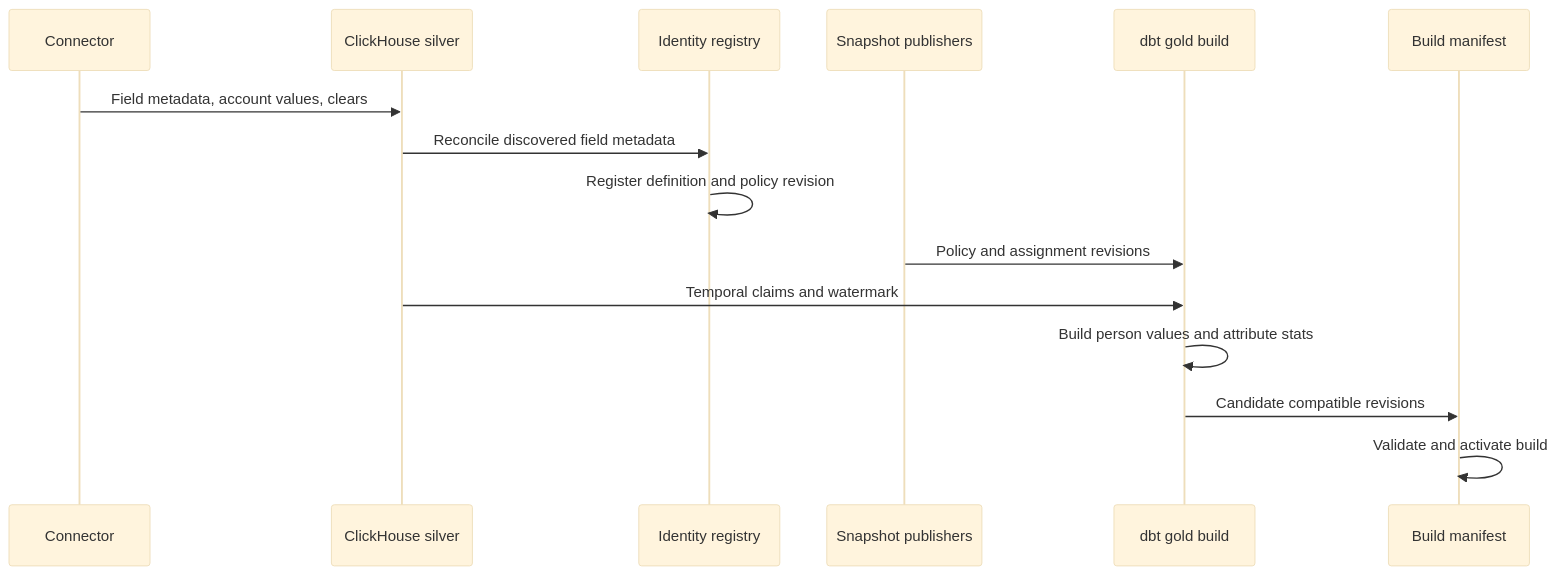
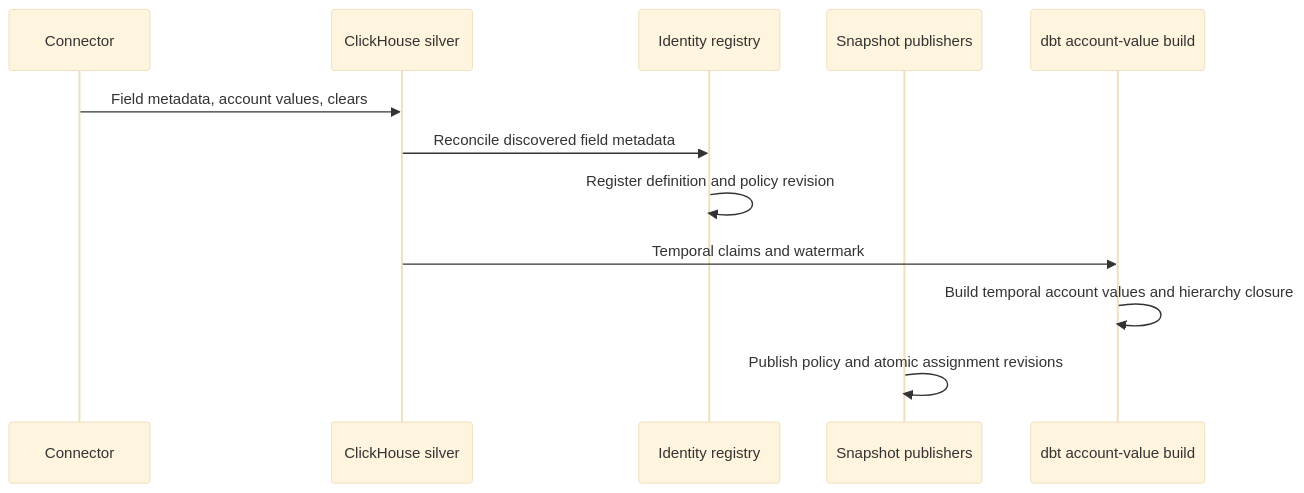
Before and after one commit to aleksdotbar/insight: the third of 5 diagrams in docs/domain/person-attributes/specs/DESIGN.md, drawn with Mermaid (base theme). The commit also changed other lines of this file and 3 other files, not shown here.

Commit message:
docs(person-attributes): keep attribute facts account-scoped

````diff
--- a/docs/domain/person-attributes/specs/DESIGN.md
+++ b/docs/domain/person-attributes/specs/DESIGN.md
@@ -656,18 +604,15 @@
 ```mermaid
 sequenceDiagram
     participant C as Connector
     participant S as ClickHouse silver
     participant I as Identity registry
     participant P as Snapshot publishers
-    participant D as dbt gold build
-    participant M as Build manifest
+    participant D as dbt account-value build
 
     C->>S: Field metadata, account values, clears
     S->>I: Reconcile discovered field metadata
     I->>I: Register definition and policy revision
-    P->>D: Policy and assignment revisions
     S->>D: Temporal claims and watermark
-    D->>D: Build person values and attribute stats
-    D->>M: Candidate compatible revisions
-    M->>M: Validate and activate build
+    D->>D: Build temporal account values and hierarchy closure
+    P->>P: Publish policy and atomic assignment revisions
 ```
````
